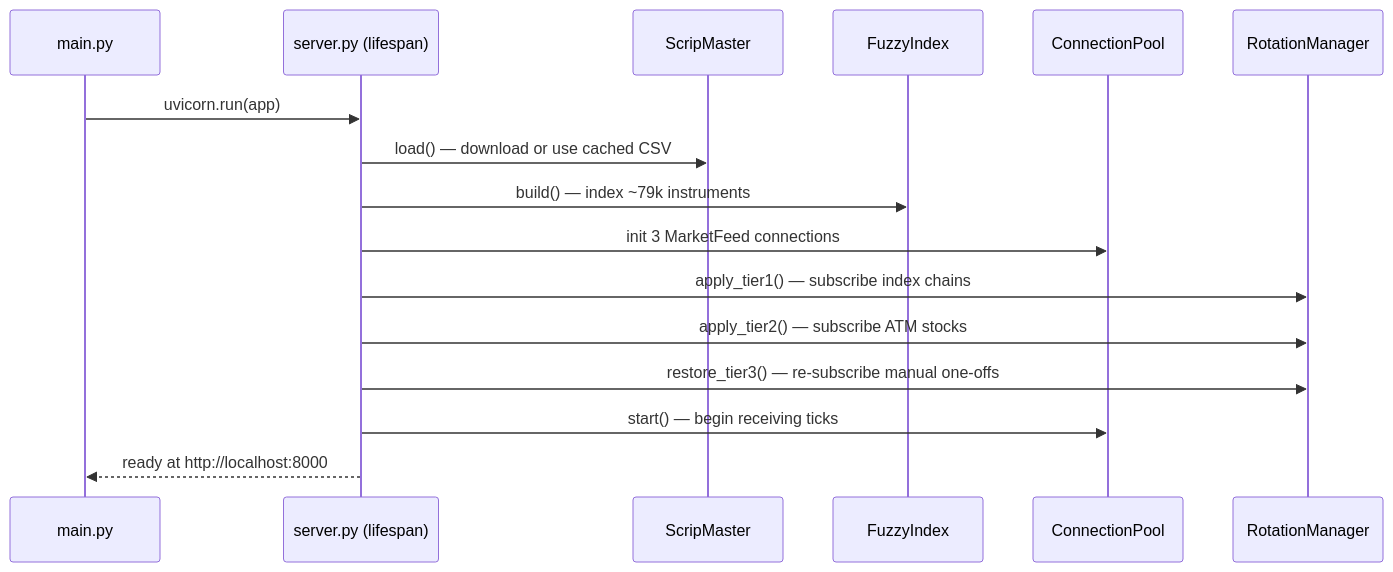
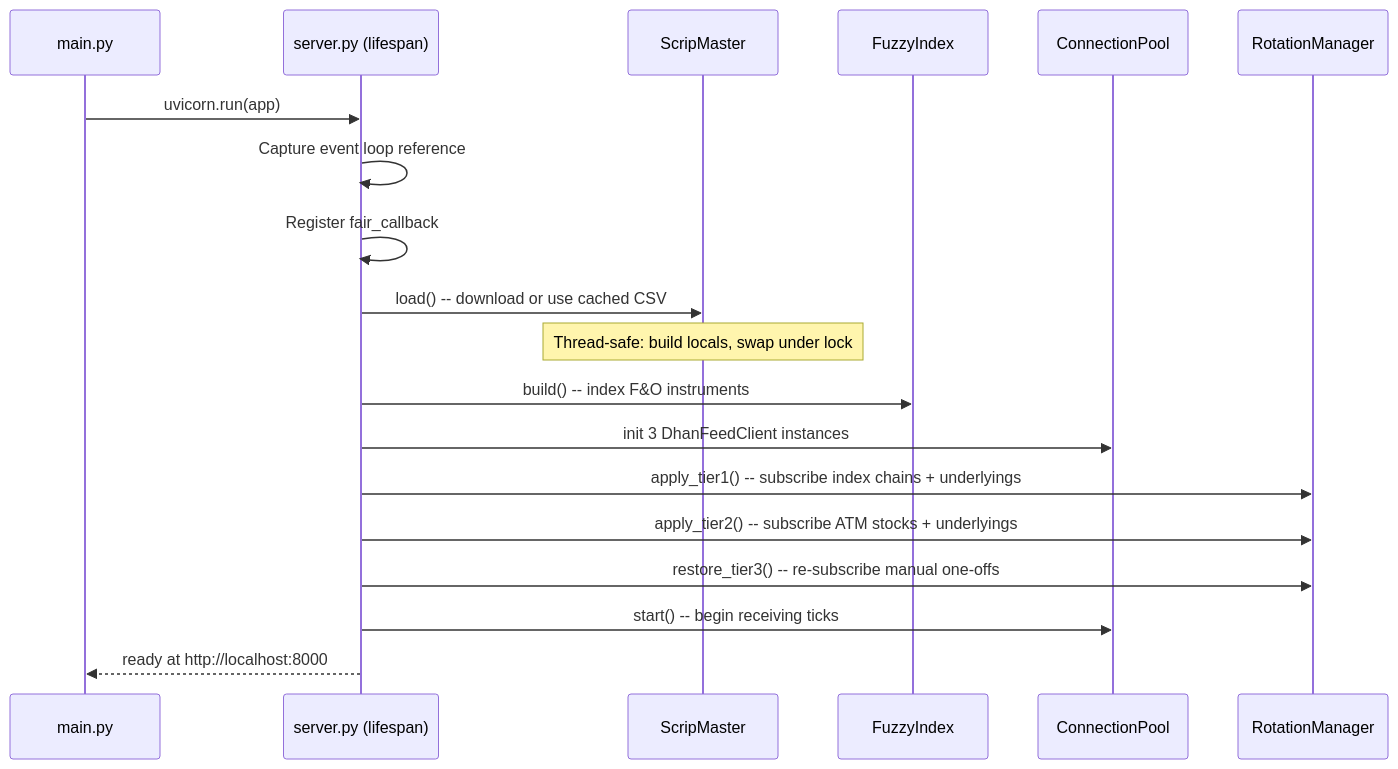
Before and after one commit to vakharwalad23/fair-value-engine: the seventh of 7 diagrams in docs/architecture.md, drawn with Mermaid. The commit also changed other lines of this file and 3 other files, not shown here.

````diff
--- a/docs/architecture.md
+++ b/docs/architecture.md
@@ -196,19 +235,22 @@
 ```mermaid
 sequenceDiagram
     participant Main as main.py
     participant Server as server.py (lifespan)
     participant Scrip as ScripMaster
     participant Fuzzy as FuzzyIndex
     participant Pool as ConnectionPool
     participant Rotation as RotationManager
 
     Main->>Server: uvicorn.run(app)
-    Server->>Scrip: load() — download or use cached CSV
-    Server->>Fuzzy: build() — index ~79k instruments
-    Server->>Pool: init 3 MarketFeed connections
-    Server->>Rotation: apply_tier1() — subscribe index chains
-    Server->>Rotation: apply_tier2() — subscribe ATM stocks
-    Server->>Rotation: restore_tier3() — re-subscribe manual one-offs
-    Server->>Pool: start() — begin receiving ticks
+    Server->>Server: Capture event loop reference
+    Server->>Server: Register fair_callback
+    Server->>Scrip: load() -- download or use cached CSV
+    Note over Scrip: Thread-safe: build locals, swap under lock
+    Server->>Fuzzy: build() -- index F&O instruments
+    Server->>Pool: init 3 DhanFeedClient instances
+    Server->>Rotation: apply_tier1() -- subscribe index chains + underlyings
+    Server->>Rotation: apply_tier2() -- subscribe ATM stocks + underlyings
+    Server->>Rotation: restore_tier3() -- re-subscribe manual one-offs
+    Server->>Pool: start() -- begin receiving ticks
     Server-->>Main: ready at http://localhost:8000
 ```
````
